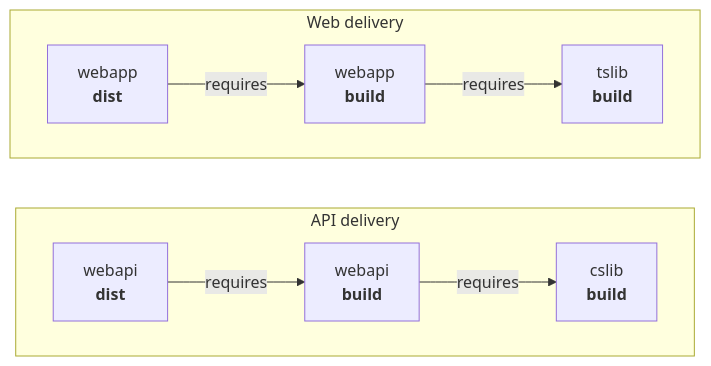
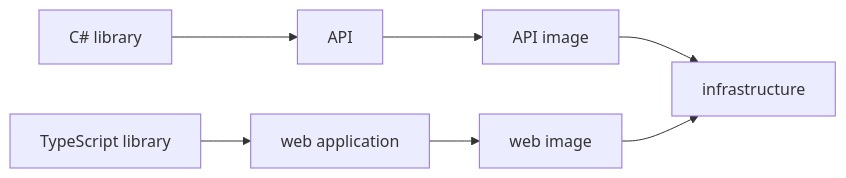
One commit to MagnusOpera/terrabuild changed the diagram in website/site-docs/getting-started/quick-start.md. Above: the diagram before and after it, drawn with Mermaid. The commit also changed other lines of this file and 12 other files, not shown here.

````diff
--- a/website/site-docs/getting-started/quick-start.md
+++ b/website/site-docs/getting-started/quick-start.md
@@ -16,16 +24,13 @@
 ```mermaid
 flowchart LR
-  subgraph api["API delivery"]
-    direction LR
-    webapiDist["webapi<br/><b>dist</b>"] -->|requires| webapiBuild["webapi<br/><b>build</b>"] -->|requires| cslibBuild["cslib<br/><b>build</b>"]
-  end
+  cslib["C# library"] --> api["API"]
+  tslib["TypeScript library"] --> web["web application"]
+  api --> apiImage["API image"]
+  web --> webImage["web image"]
+  apiImage --> infrastructure["infrastructure"]
+  webImage --> infrastructure
 
-  subgraph app["Web delivery"]
-    direction LR
-    webappDist["webapp<br/><b>dist</b>"] -->|requires| webappBuild["webapp<br/><b>build</b>"] -->|requires| tslibBuild["tslib<br/><b>build</b>"]
-  end
-
-  class webapiDist,webappDist tb-primary
-  class webapiBuild,webappBuild tb-secondary
-  class cslibBuild,tslibBuild tb-muted
+  class cslib,tslib tb-muted
+  class api,web,apiImage,webImage tb-secondary
+  class infrastructure tb-primary
 ```
````
